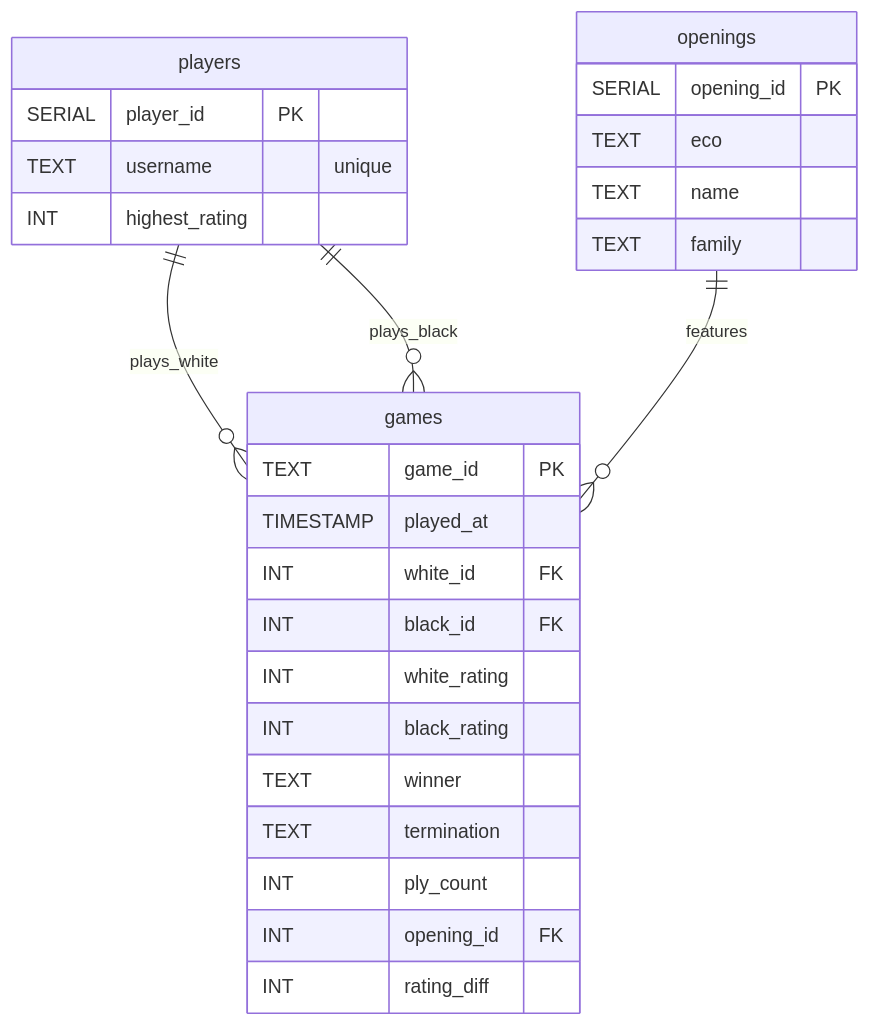
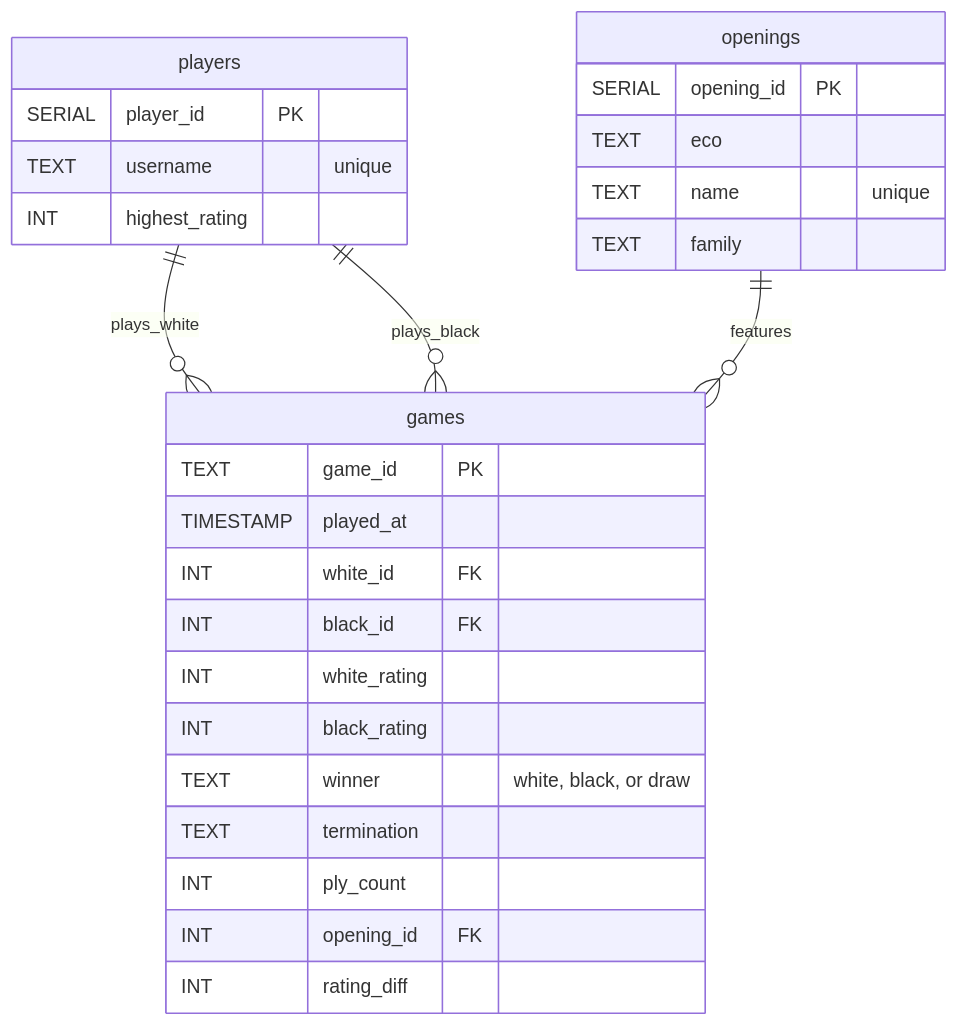
Before and after one commit to chrisdtyu/chess-openings-analytics: the diagram in ERD.md, drawn with Mermaid. The commit also changed other lines of this file, not shown here.

````diff
--- a/ERD.md
+++ b/ERD.md
@@ -5,31 +5,31 @@
 ```mermaid
 erDiagram
     players ||--o{ games : plays_white
     players ||--o{ games : plays_black
     openings ||--o{ games : features
 
     players {
         SERIAL player_id PK
         TEXT   username  "unique"
         INT    highest_rating
     }
     openings {
         SERIAL opening_id PK
         TEXT   eco
-        TEXT   name
+        TEXT   name  "unique"
         TEXT   family
     }
     games {
         TEXT   game_id PK
         TIMESTAMP played_at
         INT    white_id FK
         INT    black_id FK
         INT    white_rating
         INT    black_rating
-        TEXT   winner
+        TEXT   winner "white, black, or draw"
         TEXT   termination
         INT    ply_count
         INT    opening_id FK
         INT    rating_diff
     }
 ```
````
